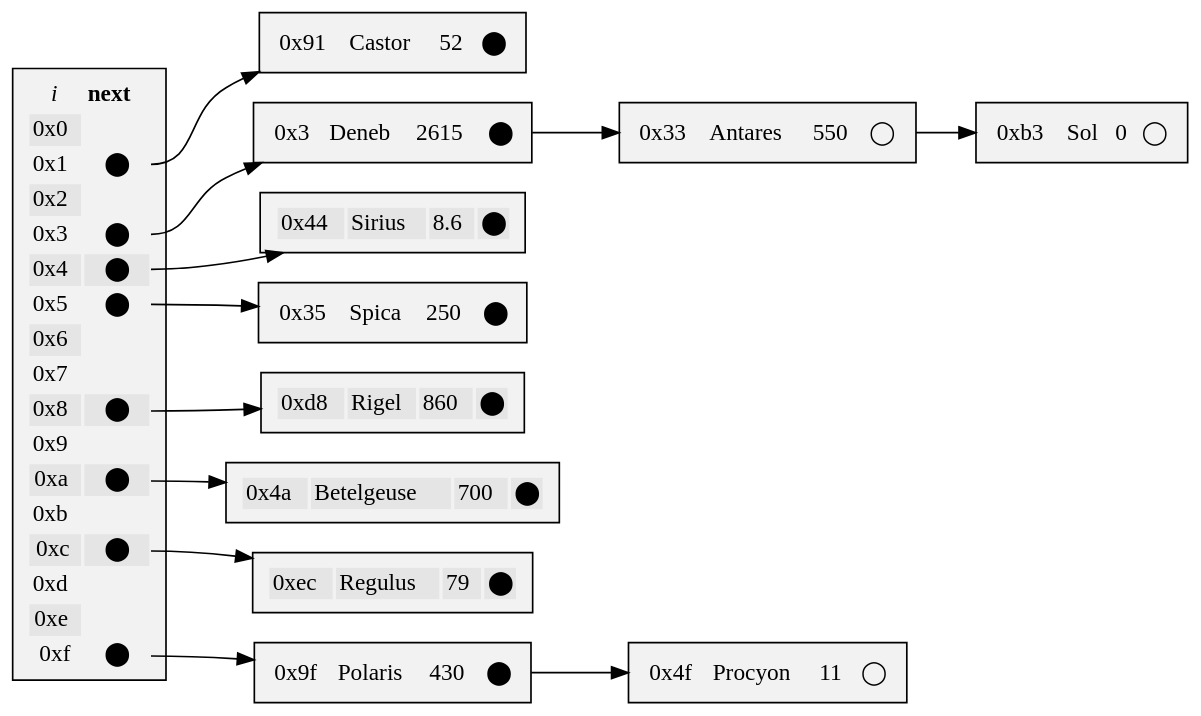
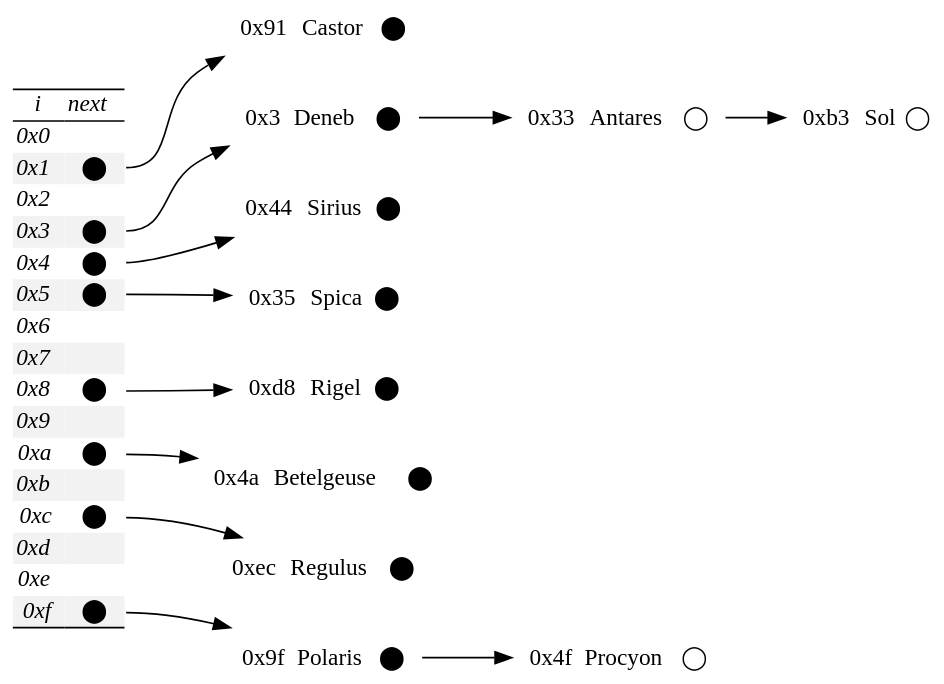
The diagram in doc/table-precursor/star-separate.gv (neil-edelman/boxes), drawn with Graphviz before and after one commit. The commit also changed 6 other files, not shown here.

Commit message:
Updated to graph; pretty.

```diff
--- a/doc/table-precursor/star-separate.gv
+++ b/doc/table-precursor/star-separate.gv
@@ -1,167 +1,164 @@
 digraph {
-	rankdir=LR;
-	graph [truecolor=true, bgcolor=transparent];
-	fontface=modern;
-	node [shape=box, style=filled, fillcolor="Gray95"];
-	hash [label=<<TABLE BORDER="0">
-	<TR>
-		<TD BORDER="0"><FONT FACE="Times-Italic">i</FONT></TD>
-		<TD BORDER="0"><FONT FACE="Times-Bold">next</FONT></TD>
-	</TR>
-	<TR>
-		<TD ALIGN="RIGHT" BGCOLOR="Gray90">0x0</TD>
-	</TR>
-	<TR>
-		<TD ALIGN="RIGHT">0x1</TD>
-		<TD PORT="1">⬤</TD>
-	</TR>
-	<TR>
-		<TD ALIGN="RIGHT" BGCOLOR="Gray90">0x2</TD>
-	</TR>
-	<TR>
-		<TD ALIGN="RIGHT">0x3</TD>
-		<TD PORT="3">⬤</TD>
-	</TR>
-	<TR>
-		<TD ALIGN="RIGHT" BGCOLOR="Gray90">0x4</TD>
-		<TD PORT="4" BGCOLOR="Gray90">⬤</TD>
-	</TR>
-	<TR>
-		<TD ALIGN="RIGHT">0x5</TD>
-		<TD PORT="5">⬤</TD>
-	</TR>
-	<TR>
-		<TD ALIGN="RIGHT" BGCOLOR="Gray90">0x6</TD>
-	</TR>
-	<TR>
-		<TD ALIGN="RIGHT">0x7</TD>
-	</TR>
-	<TR>
-		<TD ALIGN="RIGHT" BGCOLOR="Gray90">0x8</TD>
-		<TD PORT="8" BGCOLOR="Gray90">⬤</TD>
-	</TR>
-	<TR>
-		<TD ALIGN="RIGHT">0x9</TD>
-	</TR>
-	<TR>
-		<TD ALIGN="RIGHT" BGCOLOR="Gray90">0xa</TD>
-		<TD PORT="10" BGCOLOR="Gray90">⬤</TD>
-	</TR>
-	<TR>
-		<TD ALIGN="RIGHT" BORDER="0">0xb</TD>
-	</TR>
-	<TR>
-		<TD ALIGN="RIGHT" BGCOLOR="Gray90">0xc</TD>
-		<TD PORT="12" BGCOLOR="Gray90">⬤</TD>
-	</TR>
-	<TR>
-		<TD ALIGN="RIGHT">0xd</TD>
-	</TR>
-	<TR>
-		<TD ALIGN="RIGHT" BGCOLOR="Gray90">0xe</TD>
-	</TR>
-	<TR>
-		<TD ALIGN="RIGHT">0xf</TD>
-		<TD PORT="15">⬤</TD>
-	</TR>
-</TABLE>>];
-	e1 [label=<<TABLE BORDER="0">
-	<TR>
-		<TD ALIGN="RIGHT">0x91</TD>
-		<TD ALIGN="LEFT">Castor</TD>
-		<TD ALIGN="RIGHT">52</TD>
-		<TD PORT="1">⬤</TD>
-	</TR>
-</TABLE>>];
-	e3 [label=<<TABLE BORDER="0">
-	<TR>
-		<TD ALIGN="RIGHT">0x3</TD>
-		<TD ALIGN="LEFT">Deneb</TD>
-		<TD ALIGN="RIGHT">2615</TD>
-		<TD PORT="3">⬤</TD>
-	</TR>
-</TABLE>>];
-	e4 [label=<<TABLE BORDER="0">
-	<TR>
-		<TD ALIGN="RIGHT" BGCOLOR="Gray90">0x44</TD>
-		<TD ALIGN="LEFT" BGCOLOR="Gray90">Sirius</TD>
-		<TD ALIGN="RIGHT" BGCOLOR="Gray90">8.6</TD>
-		<TD PORT="4" BGCOLOR="Gray90">⬤</TD>
-	</TR>
-</TABLE>>];
-	e5 [label=<<TABLE BORDER="0">
-	<TR>
-		<TD ALIGN="RIGHT">0x35</TD>
-		<TD ALIGN="LEFT">Spica</TD>
-		<TD ALIGN="RIGHT">250</TD>
-		<TD PORT="5">⬤</TD>
-	</TR>
-</TABLE>>];
-	e8 [label=<<TABLE BORDER="0">
-	<TR>
-		<TD ALIGN="RIGHT" BGCOLOR="Gray90">0xd8</TD>
-		<TD ALIGN="LEFT" BGCOLOR="Gray90">Rigel</TD>
-		<TD ALIGN="RIGHT" BGCOLOR="Gray90">860</TD>
-		<TD PORT="8" BGCOLOR="Gray90">⬤</TD>
-	</TR>
-</TABLE>>];
-	e10 [label=<<TABLE BORDER="0">
-	<TR>
-		<TD ALIGN="RIGHT" BGCOLOR="Gray90">0x4a</TD>
-		<TD ALIGN="LEFT" BGCOLOR="Gray90">Betelgeuse</TD>
-		<TD ALIGN="RIGHT" BGCOLOR="Gray90">700</TD>
-		<TD PORT="10" BGCOLOR="Gray90">⬤</TD>
-	</TR>
-</TABLE>>];
-	e11 [label=<<TABLE BORDER="0">
-	<TR>
-		<TD ALIGN="RIGHT">0x4f</TD>
-		<TD ALIGN="LEFT">Procyon</TD>
-		<TD ALIGN="RIGHT">11</TD>
-		<TD PORT="11">◯</TD>
-	</TR>
-</TABLE>>];
-	e12 [label=<<TABLE BORDER="0">
-	<TR>
-		<TD ALIGN="RIGHT" BGCOLOR="Gray90">0xec</TD>
-		<TD ALIGN="LEFT" BGCOLOR="Gray90">Regulus</TD>
-		<TD ALIGN="RIGHT" BGCOLOR="Gray90">79</TD>
-		<TD PORT="12" BGCOLOR="Gray90">⬤</TD>
-	</TR>
-</TABLE>>];
-	e13 [label=<<TABLE BORDER="0">
-	<TR>
-		<TD ALIGN="RIGHT">0x33</TD>
-		<TD ALIGN="LEFT">Antares</TD>
-		<TD ALIGN="RIGHT">550</TD>
-		<TD PORT="13">◯</TD>
-	</TR>
-</TABLE>>];
-	e14 [label=<<TABLE BORDER="0">
-	<TR>
-		<TD ALIGN="RIGHT">0xb3</TD>
-		<TD ALIGN="LEFT">Sol</TD>
-		<TD ALIGN="RIGHT">0</TD>
-		<TD PORT="14">◯</TD>
-	</TR>
-</TABLE>>];
-	e15 [label=<<TABLE BORDER="0">
-	<TR>
-		<TD ALIGN="RIGHT">0x9f</TD>
-		<TD ALIGN="LEFT">Polaris</TD>
-		<TD ALIGN="RIGHT">430</TD>
-		<TD PORT="15">⬤</TD>
-	</TR>
-</TABLE>>];
+	graph [rankdir=LR, truecolor=true, bgcolor=transparent, fontname=modern];
+	node [shape=none, fontname=modern];
+	hash [label=<
+<table border="0" cellspacing="0">
+	<tr><td colspan="2"></td></tr>
+	<hr/>
+	<tr>
+		<td BORDER="0"><FONT FACE="Times-Italic">i</FONT></td>
+		<td BORDER="0"><FONT FACE="Times-Italic">next</FONT></td>
+	</tr>
+	<hr/>
+	<tr>
+		<td ALIGN="RIGHT"><font face="Times-Italic">0x0</font></td>
+	</tr>
+	<tr>
+		<td ALIGN="RIGHT" bgcolor="Gray95"><font face="Times-Italic">0x1</font></td>
+		<td PORT="1" bgcolor="Gray95">⬤</td>
+	</tr>
+	<tr>
+		<td ALIGN="RIGHT"><font face="Times-Italic">0x2</font></td>
+	</tr>
+	<tr>
+		<td ALIGN="RIGHT" bgcolor="Gray95"><font face="Times-Italic">0x3</font></td>
+		<td PORT="3" bgcolor="Gray95">⬤</td>
+	</tr>
+	<tr>
+		<td ALIGN="RIGHT"><font face="Times-Italic">0x4</font></td>
+		<td PORT="4">⬤</td>
+	</tr>
+	<tr>
+		<td ALIGN="RIGHT" bgcolor="Gray95"><font face="Times-Italic">0x5</font></td>
+		<td PORT="5" bgcolor="Gray95">⬤</td>
+	</tr>
+	<tr>
+		<td ALIGN="RIGHT"><font face="Times-Italic">0x6</font></td>
+	</tr>
+	<tr>
+		<td ALIGN="RIGHT" bgcolor="Gray95"><font face="Times-Italic">0x7</font></td>
+		<td bgcolor="Gray95"></td>
+	</tr>
+	<tr>
+		<td ALIGN="RIGHT"><font face="Times-Italic">0x8</font></td>
+		<td PORT="8">⬤</td>
+	</tr>
+	<tr>
+		<td ALIGN="RIGHT" bgcolor="Gray95"><font face="Times-Italic">0x9</font></td>
+		<td bgcolor="Gray95"></td>
+	</tr>
+	<tr>
+		<td ALIGN="RIGHT"><font face="Times-Italic">0xa</font></td>
+		<td PORT="10">⬤</td>
+	</tr>
+	<tr>
+		<td ALIGN="RIGHT" BORDER="0" bgcolor="Gray95"><font face="Times-Italic">0xb</font></td>
+		<td bgcolor="Gray95"></td>
+	</tr>
+	<tr>
+		<td ALIGN="RIGHT"><font face="Times-Italic">0xc</font></td>
+		<td PORT="12">⬤</td>
+	</tr>
+	<tr>
+		<td ALIGN="RIGHT" bgcolor="Gray95"><font face="Times-Italic">0xd</font></td>
+		<td bgcolor="Gray95"></td>
+	</tr>
+	<tr>
+		<td ALIGN="RIGHT"><font face="Times-Italic">0xe</font></td>
+	</tr>
+	<tr>
+		<td ALIGN="RIGHT" bgcolor="Gray95"><font face="Times-Italic">0xf</font></td>
+		<td PORT="15" bgcolor="Gray95">⬤</td>
+	</tr>
+	<hr/>
+	<tr><td colspan="2"></td></tr>
+</table>>];
+	e1 [label=<<table BORDER="0" cellspacing="0">
+	<tr>
+		<td ALIGN="RIGHT">0x91</td>
+		<td ALIGN="LEFT">Castor</td>
+		<td PORT="1">⬤</td>
+	</tr>
+</table>>];
+	e3 [label=<<table BORDER="0" cellspacing="0">
+	<tr>
+		<td ALIGN="RIGHT">0x3</td>
+		<td ALIGN="LEFT">Deneb</td>
+		<td PORT="3">⬤</td>
+	</tr>
+</table>>];
+	e4 [label=<<table BORDER="0" cellspacing="0">
+	<tr>
+		<td ALIGN="RIGHT">0x44</td>
+		<td ALIGN="LEFT">Sirius</td>
+		<td PORT="4">⬤</td>
+	</tr>
+</table>>];
+	e5 [label=<<table BORDER="0" cellspacing="0">
+	<tr>
+		<td ALIGN="RIGHT">0x35</td>
+		<td ALIGN="LEFT">Spica</td>
+		<td PORT="5">⬤</td>
+	</tr>
+</table>>];
+	e8 [label=<<table BORDER="0" cellspacing="0">
+	<tr>
+		<td ALIGN="RIGHT">0xd8</td>
+		<td ALIGN="LEFT">Rigel</td>
+		<td PORT="8">⬤</td>
+	</tr>
+</table>>];
+	e10 [label=<<table BORDER="0" cellspacing="0">
+	<tr>
+		<td ALIGN="RIGHT">0x4a</td>
+		<td ALIGN="LEFT">Betelgeuse</td>
+		<td PORT="10">⬤</td>
+	</tr>
+</table>>];
+	e11 [label=<<table BORDER="0" cellspacing="0">
+	<tr>
+		<td ALIGN="RIGHT">0x4f</td>
+		<td ALIGN="LEFT">Procyon</td>
+		<td PORT="11">◯</td>
+	</tr>
+</table>>];
+	e12 [label=<<table BORDER="0" cellspacing="0">
+	<tr>
+		<td ALIGN="RIGHT">0xec</td>
+		<td ALIGN="LEFT">Regulus</td>
+		<td PORT="12">⬤</td>
+	</tr>
+</table>>];
+	e13 [label=<<table BORDER="0" cellspacing="0">
+	<tr>
+		<td ALIGN="RIGHT">0x33</td>
+		<td ALIGN="LEFT">Antares</td>
+		<td PORT="13">◯</td>
+	</tr>
+</table>>];
+	e14 [label=<<table BORDER="0" cellspacing="0">
+	<tr>
+		<td ALIGN="RIGHT">0xb3</td>
+		<td ALIGN="LEFT">Sol</td>
+		<td PORT="14">◯</td>
+	</tr>
+</table>>];
+	e15 [label=<<table BORDER="0" cellspacing="0">
+	<tr>
+		<td ALIGN="RIGHT">0x9f</td>
+		<td ALIGN="LEFT">Polaris</td>
+		<td PORT="15">⬤</td>
+	</tr>
+</table>>];
 	node [shape=plain, fillcolor=none, headclip = false, tailclip=false]
 	hash:1 -> e1;
 	hash:3 -> e3 -> e13 -> e14;
 	hash:4 -> e4;
 	hash:5 -> e5;
 	hash:8 -> e8;
 	hash:10 -> e10;
 	hash:12 -> e12;
 	hash:15 -> e15;
 	e15 -> e11;
 	node [color=red];
 }
```
